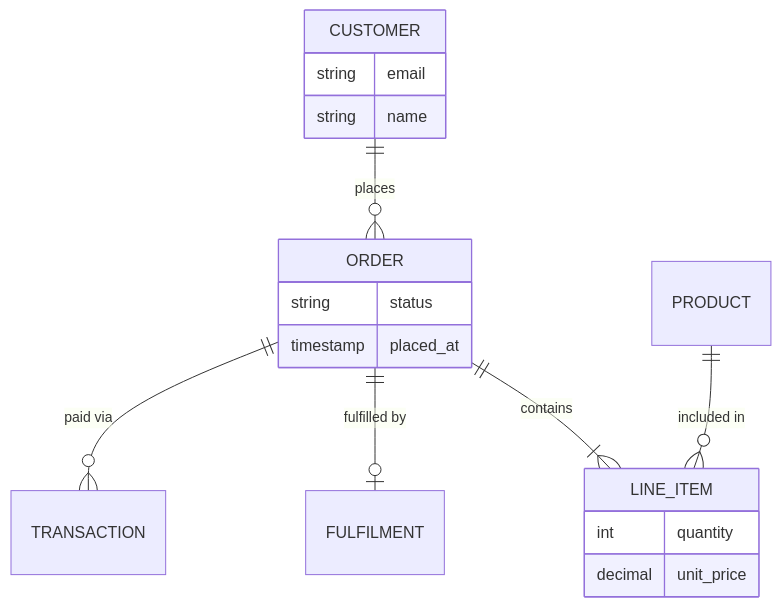
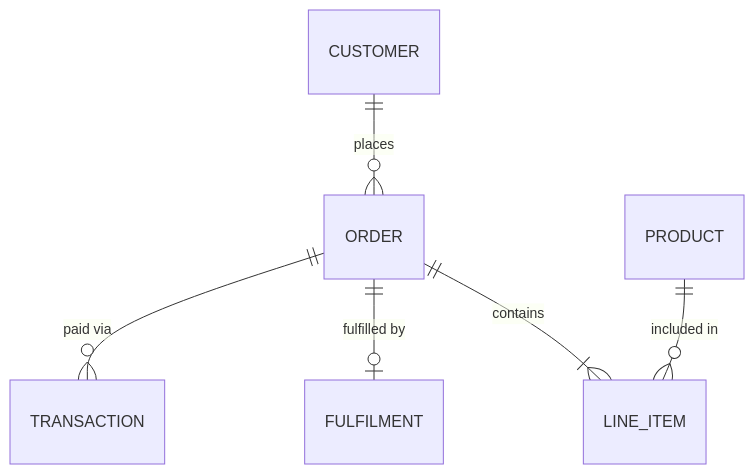
One commit to wrteam-jay/blueprint changed the fifth of 5 diagrams in skills/blueprint/references/diagram-guide.md. Above: the diagram before and after it, drawn with Mermaid. The commit also changed other lines of this file and 13 other files, not shown here.

````diff
--- a/skills/blueprint/references/diagram-guide.md
+++ b/skills/blueprint/references/diagram-guide.md
@@ -163,21 +110,8 @@
 ```mermaid
 erDiagram
     CUSTOMER ||--o{ ORDER : places
     ORDER ||--|{ LINE_ITEM : contains
     PRODUCT ||--o{ LINE_ITEM : "included in"
     ORDER ||--o| FULFILMENT : "fulfilled by"
     ORDER ||--o{ TRANSACTION : "paid via"
-
-    CUSTOMER {
-        string email
-        string name
-    }
-    ORDER {
-        string status
-        timestamp placed_at
-    }
-    LINE_ITEM {
-        int quantity
-        decimal unit_price
-    }
 ```
````
